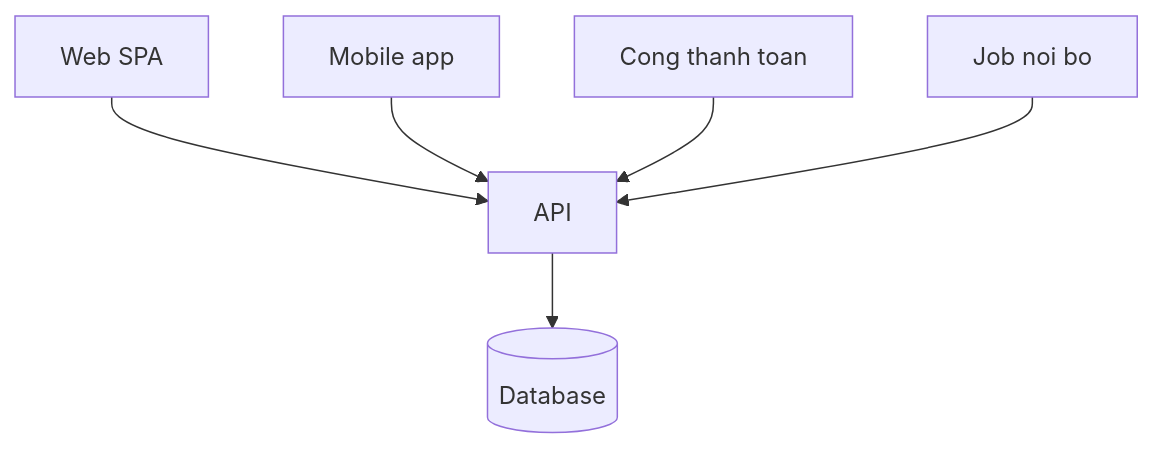
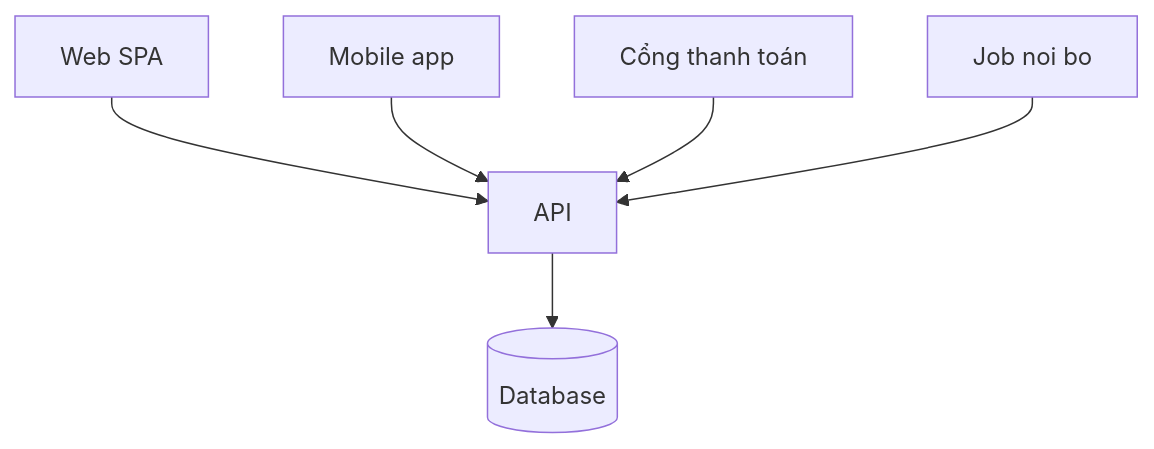
Before and after one commit to TienNHM/tiennhm.github.io: the second of 2 diagrams in docs/09-dotnet-backend-zero-to-senior/stage-01-foundation/module-02-computer-science-basics/2.3-client.mdx, drawn with Mermaid. The commit also changed 76 other files, not shown here.

````diff
--- a/docs/09-dotnet-backend-zero-to-senior/stage-01-foundation/module-02-computer-science-basics/2.3-client.mdx
+++ b/docs/09-dotnet-backend-zero-to-senior/stage-01-foundation/module-02-computer-science-basics/2.3-client.mdx
@@ -106,8 +106,8 @@
 ```mermaid
 flowchart TD
     W[Web SPA] --> A[API]
     M[Mobile app] --> A
-    P[Cong thanh toan] --> A
+    P[Cổng thanh toán] --> A
     I[Job noi bo] --> A
     A --> DB[(Database)]
 ```
````
